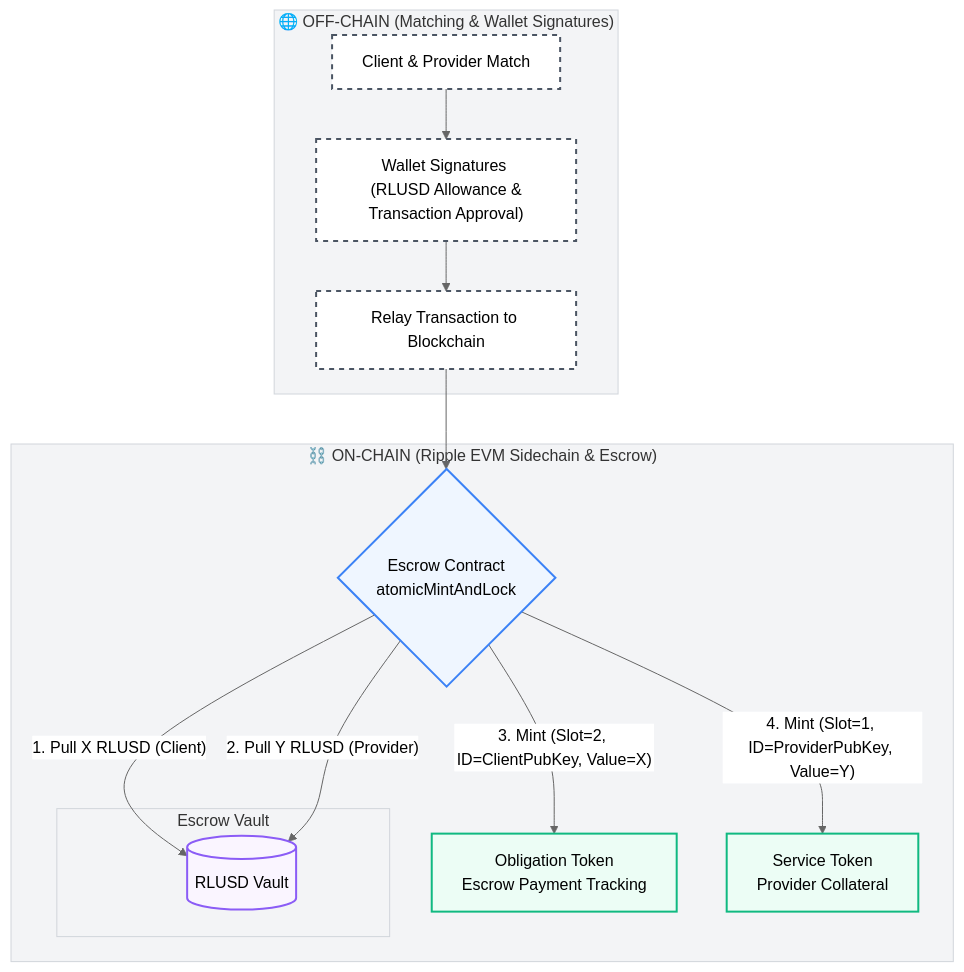
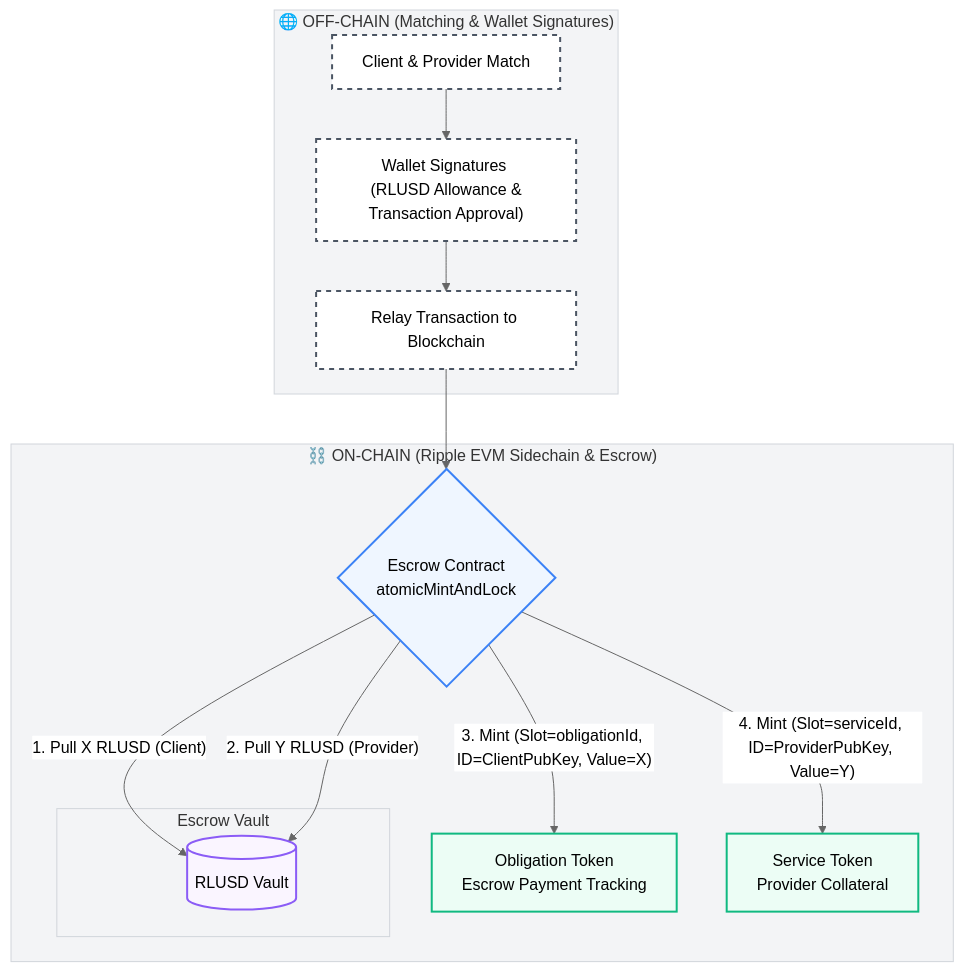
Before and after one commit to emirrmk/escrow-flow-diagrams: the first of 4 diagrams in README.md, drawn with Mermaid. The commit also changed other lines of this file, not shown here.

Commit message:
Add detailed Obligation Token slot layout in English

````diff
--- a/README.md
+++ b/README.md
@@ -27,27 +54,27 @@
 ```mermaid
 %%{init: {'theme': 'neutral', 'themeVariables': { 'primaryColor': '#f9fafb', 'edgeLabelBackground':'#ffffff', 'clusterBkg':'#f3f4f6', 'clusterBorder':'#d1d5db'}}}%%
 graph TD
     classDef offChainNode fill:#ffffff,stroke:#4b5563,stroke-width:2px,stroke-dasharray: 5 5;
     classDef onChainNode fill:#eff6ff,stroke:#3b82f6,stroke-width:2px;
     classDef tokenNode fill:#ecfdf5,stroke:#10b981,stroke-width:2px;
     classDef databaseNode fill:#faf5ff,stroke:#8b5cf6,stroke-width:2px;
 
     subgraph OffChain ["🌐 OFF-CHAIN (Matching & Wallet Signatures)"]
         A["Client & Provider Match"]:::offChainNode --> B["Wallet Signatures <br> (RLUSD Allowance & Transaction Approval)"]:::offChainNode
         B --> C["Relay Transaction to Blockchain"]:::offChainNode
     end
 
     subgraph OnChain ["⛓️ ON-CHAIN (Ripple EVM Sidechain & Escrow)"]
         C --> D{"Escrow Contract <br> atomicMintAndLock"}:::onChainNode
         
         subgraph Vault ["Escrow Vault"]
             Pool[("RLUSD Vault")]:::databaseNode
         end
         
         D -- "1. Pull X RLUSD (Client)" --> Pool
         D -- "2. Pull Y RLUSD (Provider)" --> Pool
         
-        D -- "3. Mint (Slot=2, ID=ClientPubKey, Value=X)" --> OT["Obligation Token <br> Escrow Payment Tracking"]:::tokenNode
-        D -- "4. Mint (Slot=1, ID=ProviderPubKey, Value=Y)" --> ST["Service Token <br> Provider Collateral"]:::tokenNode
+        D -- "3. Mint (Slot=obligationId, ID=ClientPubKey, Value=X)" --> OT["Obligation Token <br> Escrow Payment Tracking"]:::tokenNode
+        D -- "4. Mint (Slot=serviceId, ID=ProviderPubKey, Value=Y)" --> ST["Service Token <br> Provider Collateral"]:::tokenNode
     end
 ```
````
